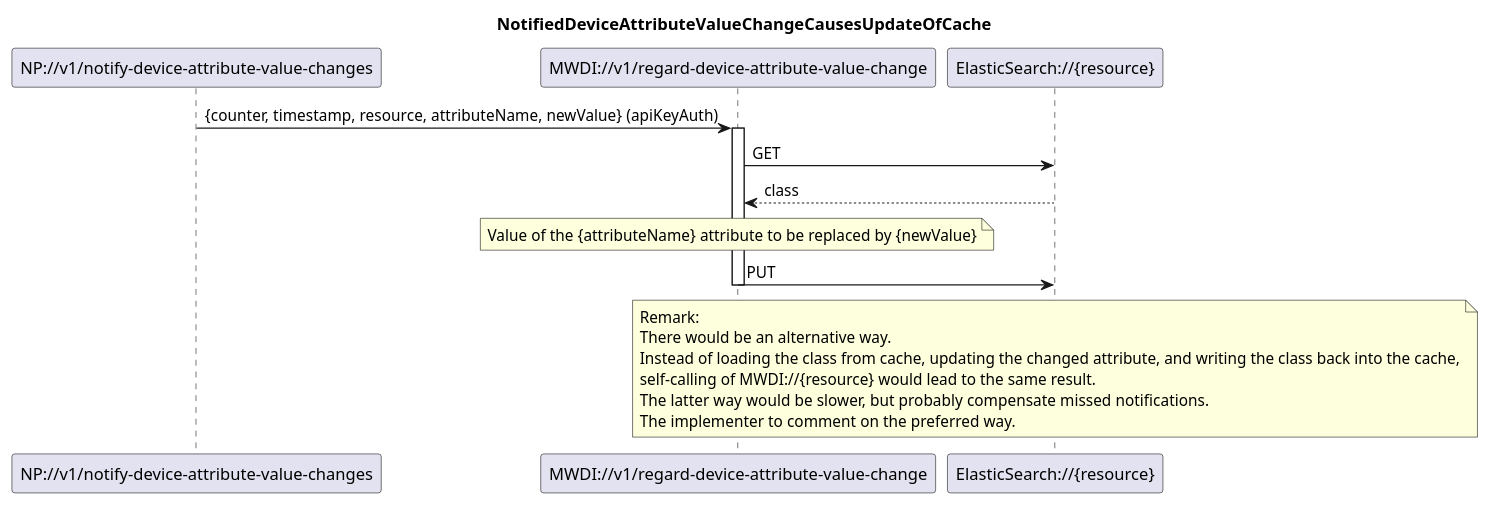
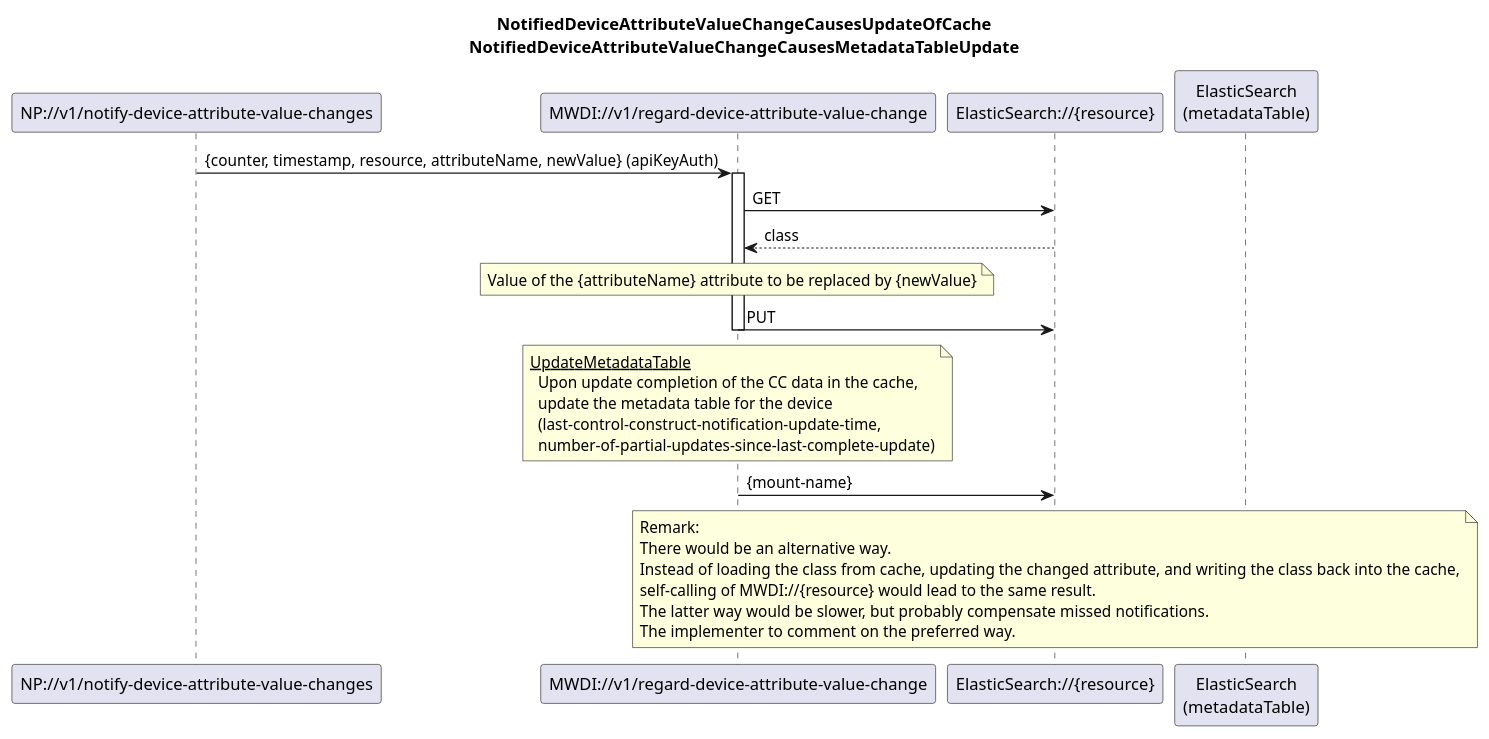
One commit to openBackhaul/MicroWaveDeviceInventory changed the diagram in spec/diagrams/023_NotificationBasedAttributeUpdate.plantuml. Above: the diagram before and after it, drawn with PlantUML. The commit also changed 25 other files, not shown here.

```diff
--- a/spec/diagrams/023_NotificationBasedAttributeUpdate.plantuml
+++ b/spec/diagrams/023_NotificationBasedAttributeUpdate.plantuml
@@ -1,32 +1,46 @@
 @startuml 023_NotificationBasedAttributeUpdate
 skinparam responseMessageBelowArrow true
 
-title NotifiedDeviceAttributeValueChangeCausesUpdateOfCache
+title 
+  NotifiedDeviceAttributeValueChangeCausesUpdateOfCache
+  NotifiedDeviceAttributeValueChangeCausesMetadataTableUpdate
+end title
 
 participant "NP://v1/notify-device-attribute-value-changes" as subscription
 participant "MWDI://v1/regard-device-attribute-value-change" as regardAttributeChange
 participant "ElasticSearch://{resource}" as es
+participant "ElasticSearch\n(metadataTable)" as mtab
 
 subscription -> regardAttributeChange: {counter, timestamp, resource, attributeName, newValue} (apiKeyAuth)
 activate regardAttributeChange
 
 regardAttributeChange -> es: GET
 es --> regardAttributeChange: class
 
 note over regardAttributeChange
 Value of the {attributeName} attribute to be replaced by {newValue}
 end note
 
 regardAttributeChange -> es: PUT
 deactivate regardAttributeChange
 
+note over regardAttributeChange
+  <u>UpdateMetadataTable</u>
+    Upon update completion of the CC data in the cache,
+    update the metadata table for the device
+    (last-control-construct-notification-update-time,
+    number-of-partial-updates-since-last-complete-update)
+end note
+regardAttributeChange -> es: {mount-name}
+
+
 note over es
 Remark: 
 There would be an alternative way.
 Instead of loading the class from cache, updating the changed attribute, and writing the class back into the cache,
 self-calling of MWDI://{resource} would lead to the same result.
 The latter way would be slower, but probably compensate missed notifications.
 The implementer to comment on the preferred way.
 end note
 
 @enduml
```
